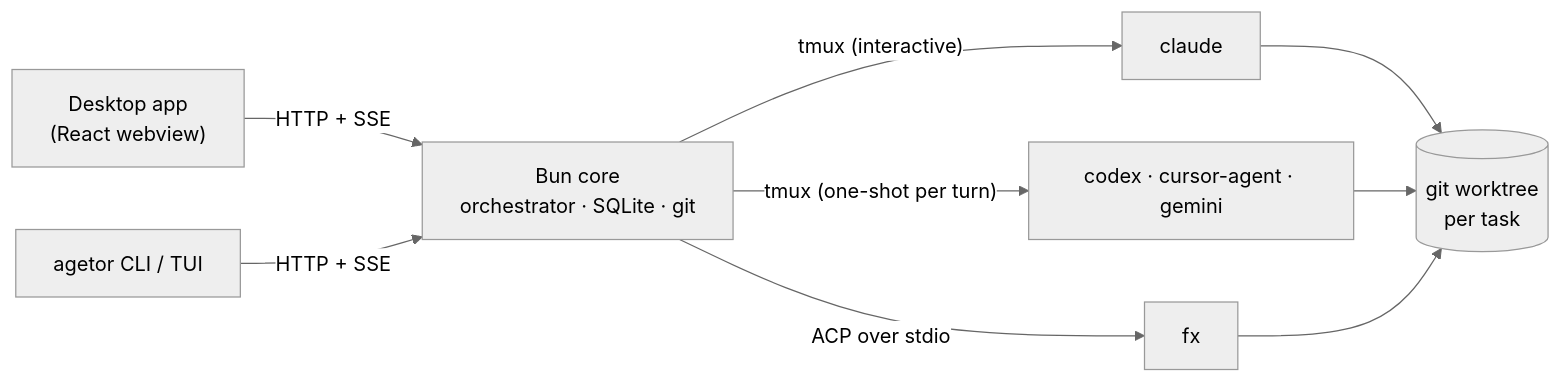
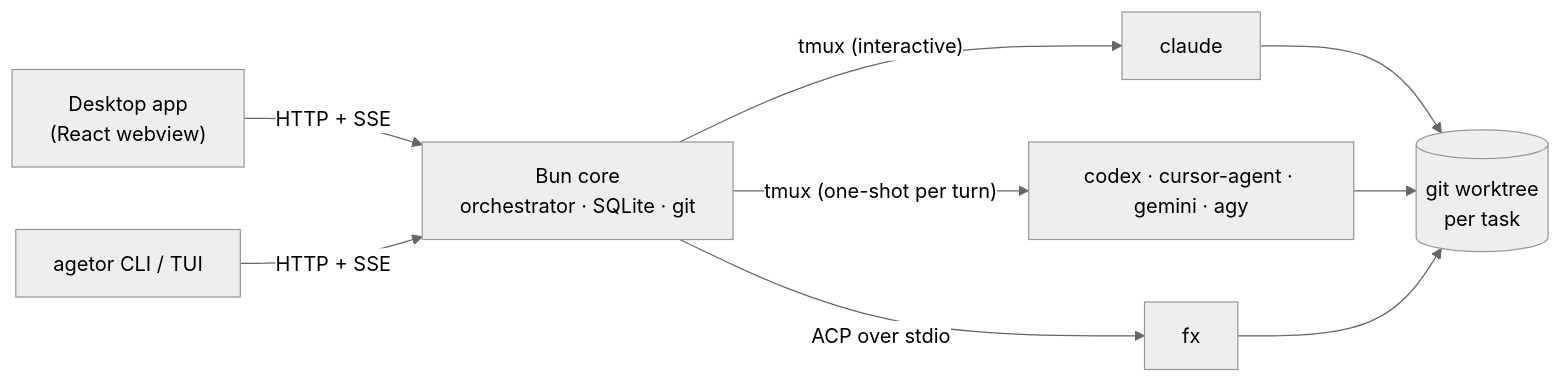
Before and after one commit to alamops/agetor: the second of 2 diagrams in README.md, drawn with Mermaid (neutral theme). The commit also changed other lines of this file and 14 other files, not shown here.

````diff
--- a/README.md
+++ b/README.md
@@ -239,12 +240,12 @@
 ```mermaid
 flowchart LR
     UI["Desktop app<br/>(React webview)"] -- "HTTP + SSE" --> Core
     CLI["agetor CLI / TUI"] -- "HTTP + SSE" --> Core
     Core["Bun core<br/>orchestrator · SQLite · git"]
     Core -- "tmux (interactive)" --> Claude["claude"]
-    Core -- "tmux (one-shot per turn)" --> OneShot["codex · cursor-agent · gemini"]
+    Core -- "tmux (one-shot per turn)" --> OneShot["codex · cursor-agent · gemini · agy"]
     Core -- "ACP over stdio" --> FX["fx"]
     Claude --> WT[("git worktree<br/>per task")]
     OneShot --> WT
     FX --> WT
 ```
````
